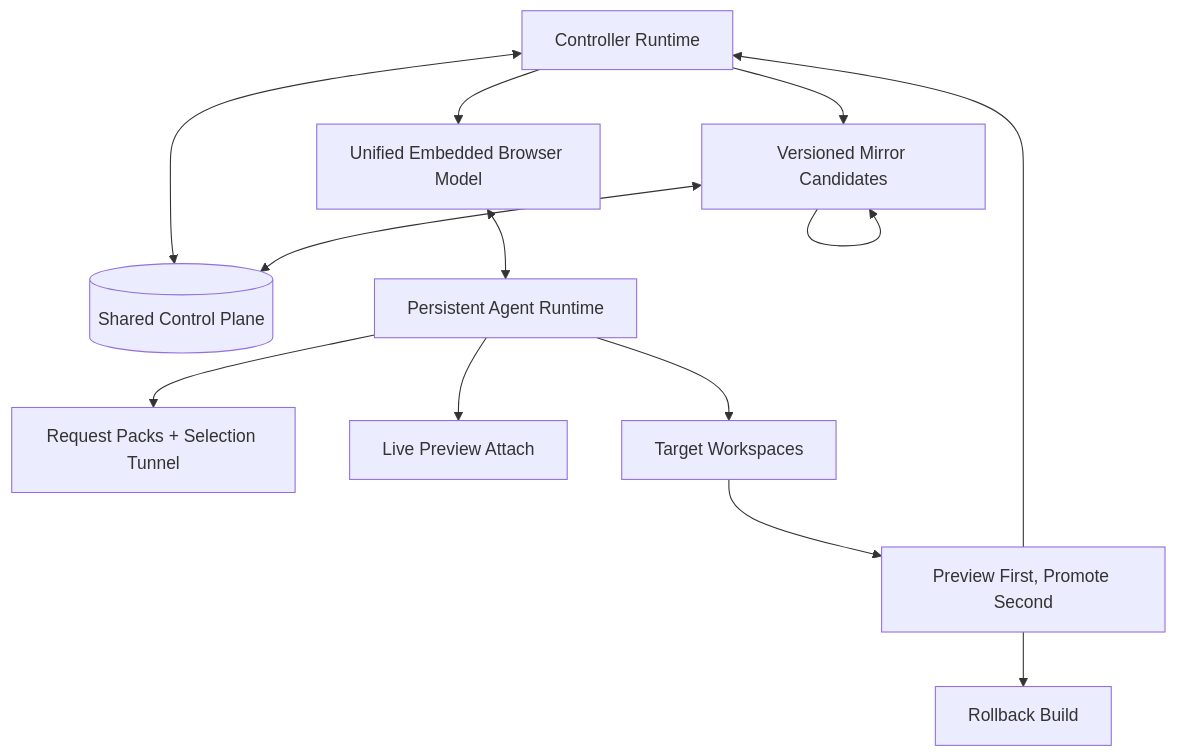
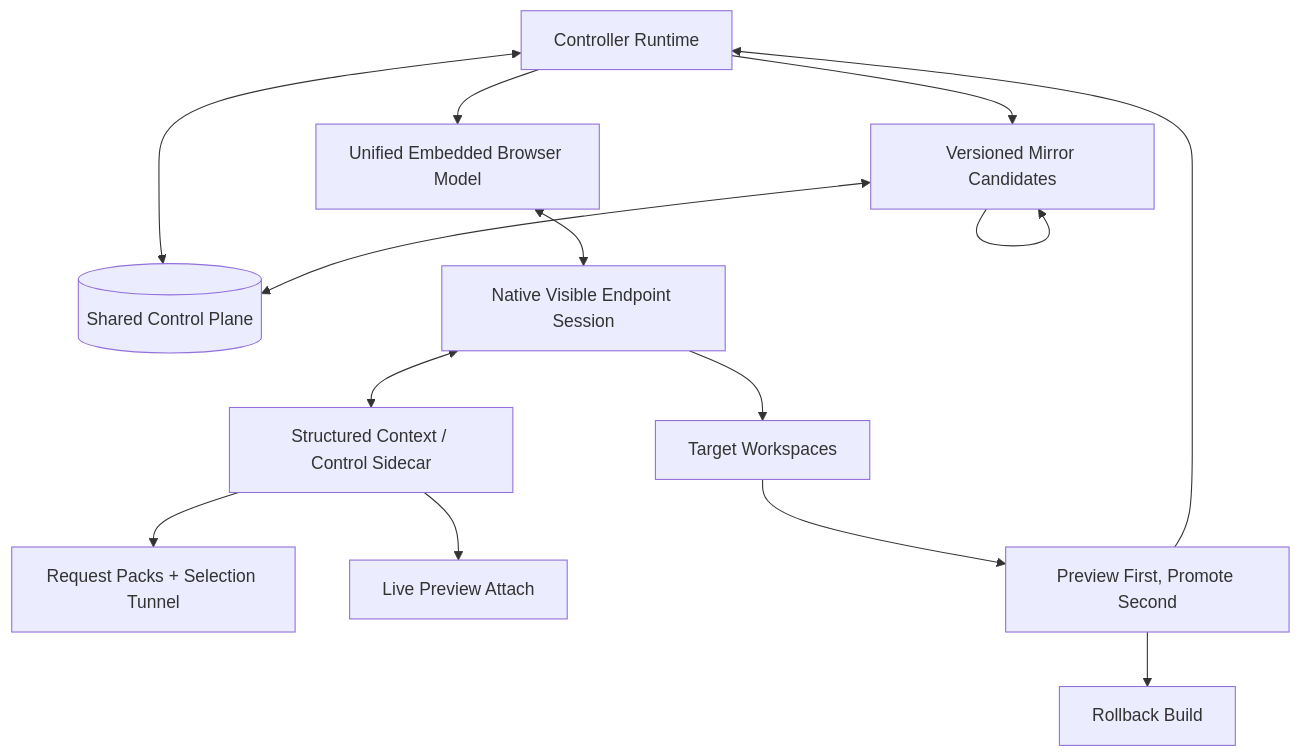
Before and after one commit to arcforgelabs/pixel-forge: the fourth of 4 diagrams in ARCHITECTURE.md, drawn with Mermaid. The commit also changed other lines of this file and 24 other files, not shown here.

Commit message:
feat: harden native live editor continuity

````diff
--- a/ARCHITECTURE.md
+++ b/ARCHITECTURE.md
@@ -144,15 +194,16 @@
 ```mermaid
 flowchart TD
   Controller[Controller Runtime] --> Browser[Unified Embedded Browser Model]
   Controller --> Mirrors[Versioned Mirror Candidates]
   Mirrors --> Mirrors
   Controller <--> State[(Shared Control Plane)]
   Mirrors <--> State
-  Browser <--> Agent[Persistent Agent Runtime]
-  Agent --> RequestPacks[Request Packs + Selection Tunnel]
-  Agent --> LiveAttach[Live Preview Attach]
+  Browser <--> Agent[Native Visible Endpoint Session]
+  Agent <--> Sidecar[Structured Context / Control Sidecar]
+  Sidecar --> RequestPacks[Request Packs + Selection Tunnel]
+  Sidecar --> LiveAttach[Live Preview Attach]
   Agent --> Workspace[Target Workspaces]
   Workspace --> Promote[Preview First, Promote Second]
   Promote --> Controller
   Promote --> Rollback[Rollback Build]
 ```
````
